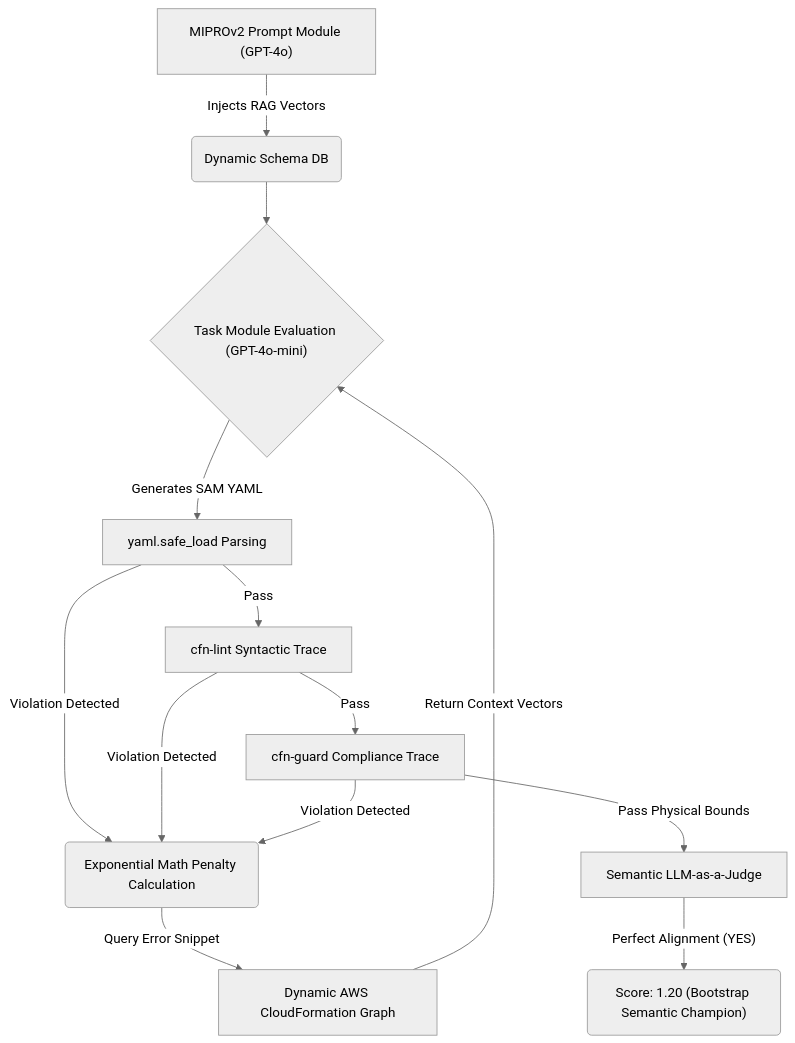
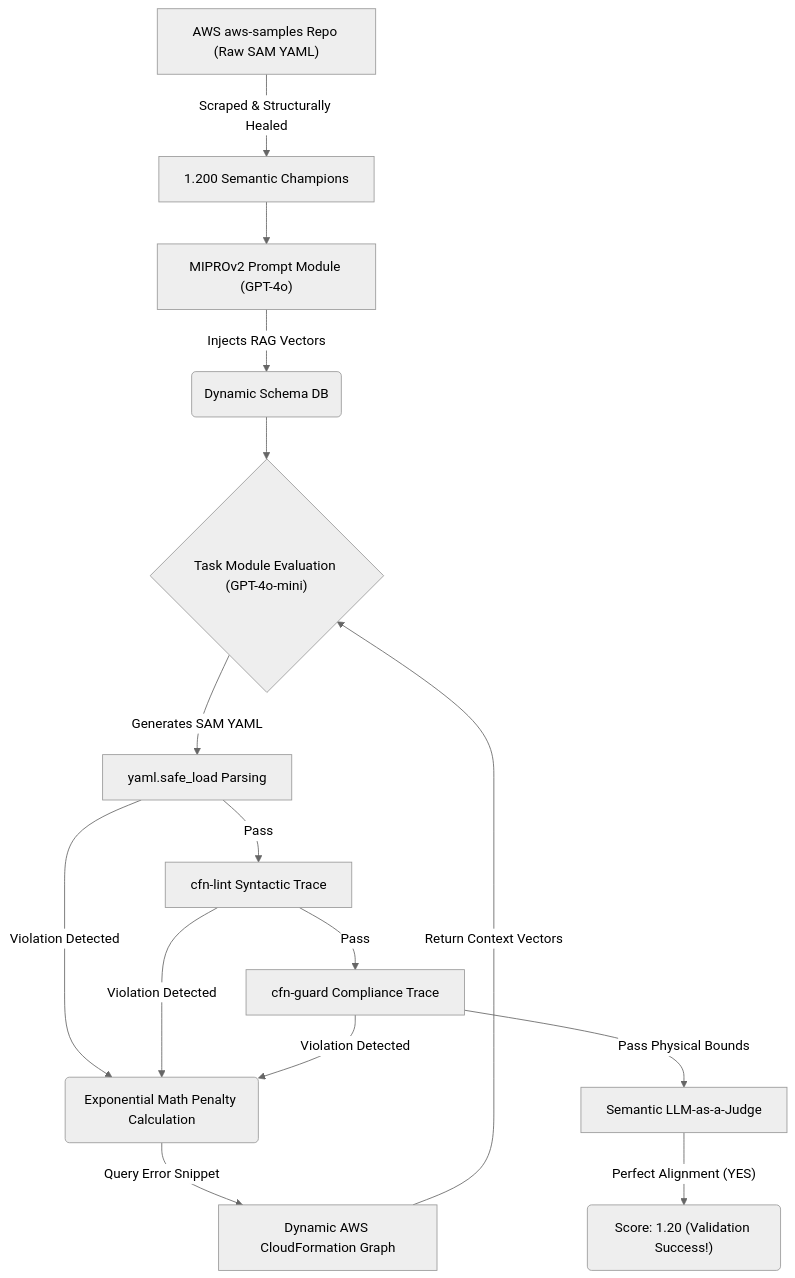
The diagram in README.md (vjb/iac-self-healer), drawn with Mermaid (neutral theme) before and after one commit. The commit also changed other lines of this file and 1 other file, not shown here.

Commit message:
docs: finalize seed extraction logic and zero-shot bypassing inside readme

````diff
--- a/README.md
+++ b/README.md
@@ -7,19 +7,21 @@
 ```mermaid
 graph TD
+    Z["AWS aws-samples Repo (Raw SAM YAML)"] -->|Scraped & Structurally Healed| Y["1.200 Semantic Champions"]
+    Y --> A
     A["MIPROv2 Prompt Module (GPT-4o)"] -->|Injects RAG Vectors| B("Dynamic Schema DB")
     B --> C{"Task Module Evaluation (GPT-4o-mini)"}
     
     C -->|Generates SAM YAML| D["yaml.safe_load Parsing"]
     D -->|Pass| E["cfn-lint Syntactic Trace"]
     E -->|Pass| F["cfn-guard Compliance Trace"]
     
     D -->|Violation Detected| J("Exponential Math Penalty Calculation")
     E -->|Violation Detected| J
     F -->|Violation Detected| J
     
     F -->|Pass Physical Bounds| G["Semantic LLM-as-a-Judge"]
-    G -->|"Perfect Alignment (YES)"| H("Score: 1.20 (Bootstrap Semantic Champion)")
+    G -->|"Perfect Alignment (YES)"| H("Score: 1.20 (Validation Success!)")
     
     J -->|Query Error Snippet| K["Dynamic AWS CloudFormation Graph"]
     K -->|Return Context Vectors| C
 ```
````
